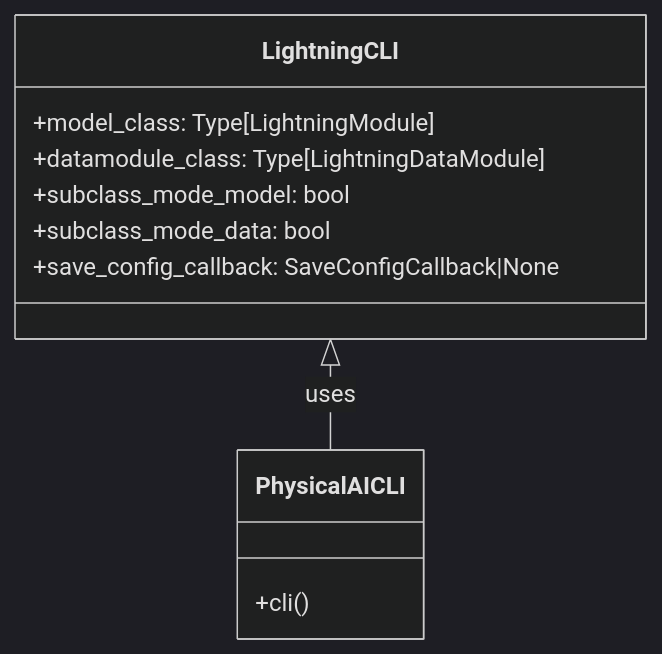
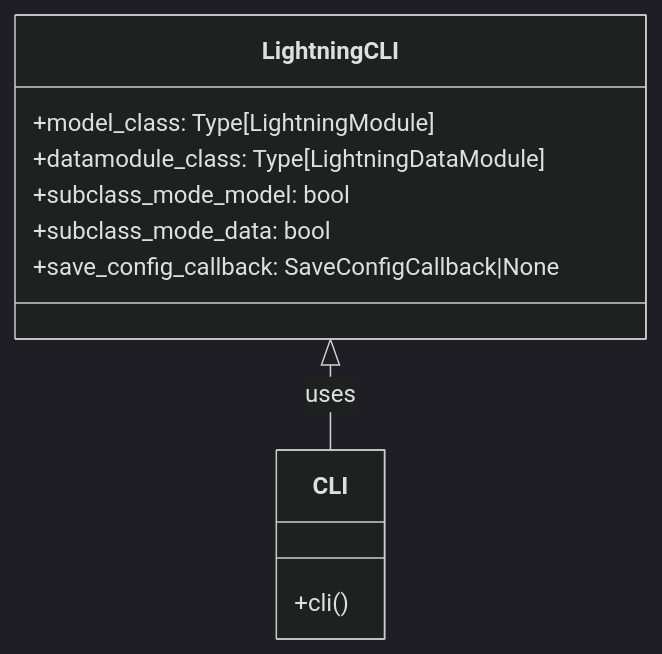
One commit to open-edge-platform/physical-ai-studio changed the first of 2 diagrams in library/docs/explanation/cli/lightning_cli.md. Above: the diagram before and after it, drawn with Mermaid (dark theme).

Commit message:
refactor: rename PhysicalAICLI to CLI in class diagram

````diff
--- a/library/docs/explanation/cli/lightning_cli.md
+++ b/library/docs/explanation/cli/lightning_cli.md
@@ -9,16 +9,16 @@
 ```mermaid
 classDiagram
     class LightningCLI {
         +model_class: Type[LightningModule]
         +datamodule_class: Type[LightningDataModule]
         +subclass_mode_model: bool
         +subclass_mode_data: bool
         +save_config_callback: SaveConfigCallback|None
     }
 
-    class PhysicalAICLI {
+    class CLI {
         +cli()
     }
 
-    LightningCLI <|-- PhysicalAICLI : uses
+    LightningCLI <|-- CLI : uses
 ```
````
